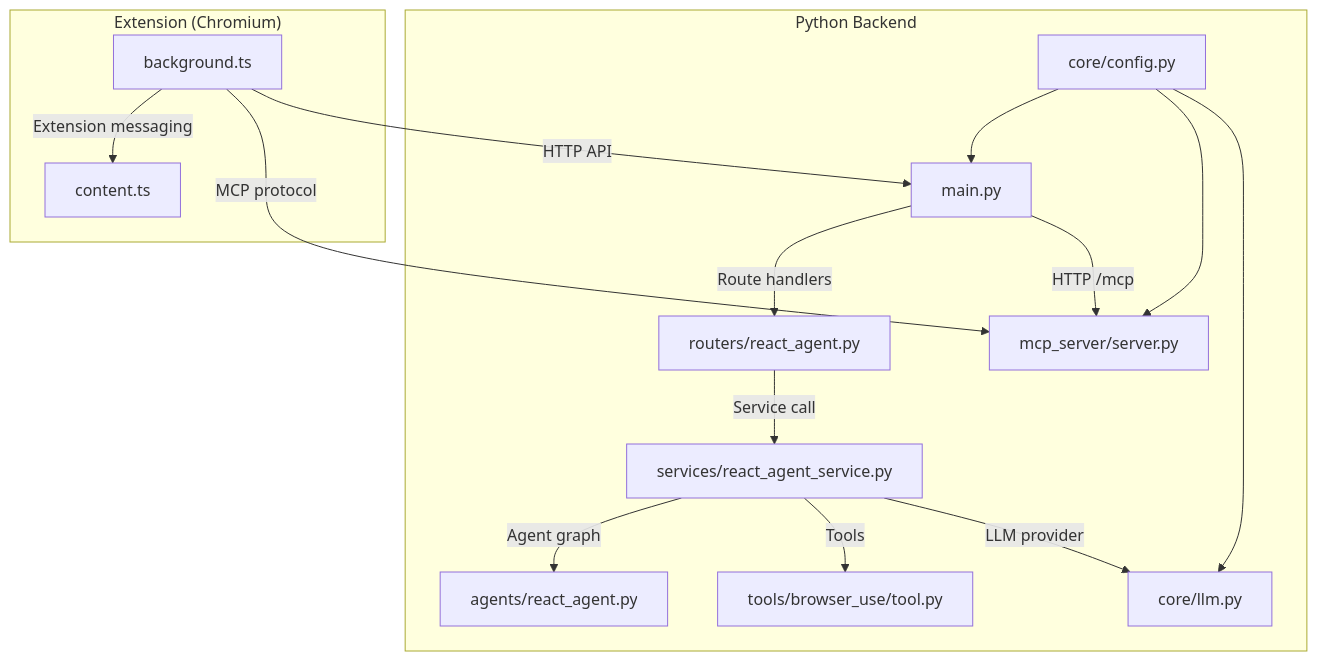
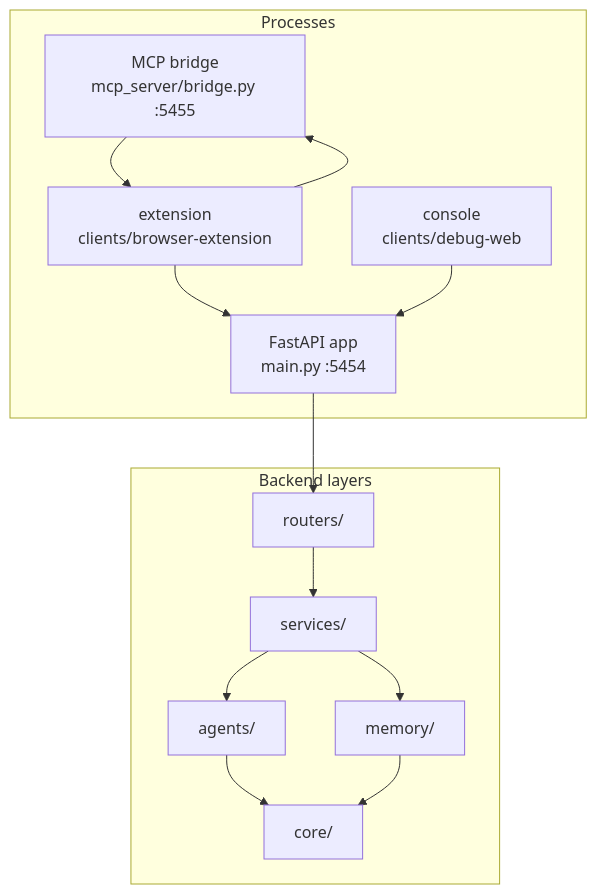
The first of 5 diagrams in src/data/docs/agentic-browser/System Architecture/System Architecture.md (tashifkhan/tashif.codes), drawn with Mermaid before and after one commit. The commit also changed other lines of this file and 114 other files, not shown here.

````diff
--- a/src/data/docs/agentic-browser/System Architecture/System Architecture.md
+++ b/src/data/docs/agentic-browser/System Architecture/System Architecture.md
@@ -16,29 +18,26 @@
 ```mermaid
 graph TB
-subgraph "Extension (Chromium)"
-BG["background.ts"]
-CT["content.ts"]
-end
-subgraph "Python Backend"
-MAIN["main.py"]
-MCP["mcp_server/server.py"]
-CFG["core/config.py"]
-LLM["core/llm.py"]
-SRV_REACT["services/react_agent_service.py"]
-AG_REACT["agents/react_agent.py"]
-TOOL_BROWSER["tools/browser_use/tool.py"]
-ROUTER_REACT["routers/react_agent.py"]
-end
-BG --> |"Extension messaging"| CT
-BG --> |"MCP protocol"| MCP
-BG --> |"HTTP API"| MAIN
-MAIN --> |"Route handlers"| ROUTER_REACT
-ROUTER_REACT --> |"Service call"| SRV_REACT
-SRV_REACT --> |"Agent graph"| AG_REACT
-SRV_REACT --> |"Tools"| TOOL_BROWSER
-SRV_REACT --> |"LLM provider"| LLM
-MAIN --> |"HTTP /mcp"| MCP
-CFG --> MAIN
-CFG --> MCP
-CFG --> LLM
+  subgraph "Processes"
+    API["FastAPI app<br/>main.py :5454"]
+    BR["MCP bridge<br/>mcp_server/bridge.py :5455"]
+    EXT["extension<br/>clients/browser-extension"]
+    CON["console<br/>clients/debug-web"]
+  end
+  subgraph "Backend layers"
+    R["routers/"]
+    S["services/"]
+    A["agents/"]
+    M["memory/"]
+    C["core/"]
+  end
+  EXT --> API
+  EXT --> BR
+  CON --> API
+  API --> R
+  R --> S
+  S --> A
+  S --> M
+  A --> C
+  M --> C
+  BR --> EXT
 ```
````
